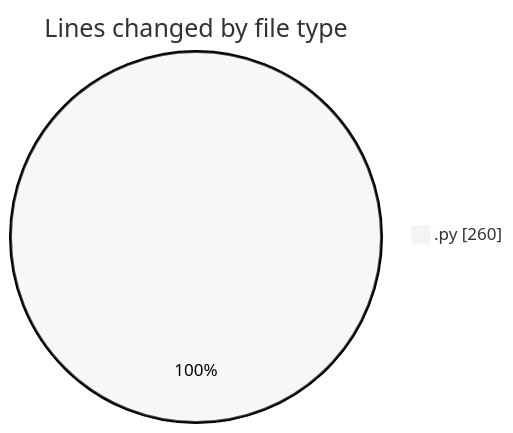
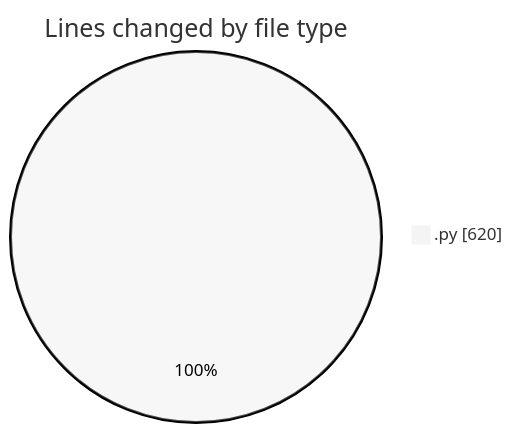
The first of 2 diagrams in 2025-04-23/synth_911data_gen/README.md (trdunsworth/code-tracking), drawn with Mermaid (neutral theme) before and after one commit. The commit also changed other lines of this file and 1 other file, not shown here.

````diff
--- a/2025-04-23/synth_911data_gen/README.md
+++ b/2025-04-23/synth_911data_gen/README.md
@@ -20,5 +20,5 @@
 ```mermaid
 pie showData
 title Lines changed by file type
-".py" : 260
+".py" : 620
 ```
````
